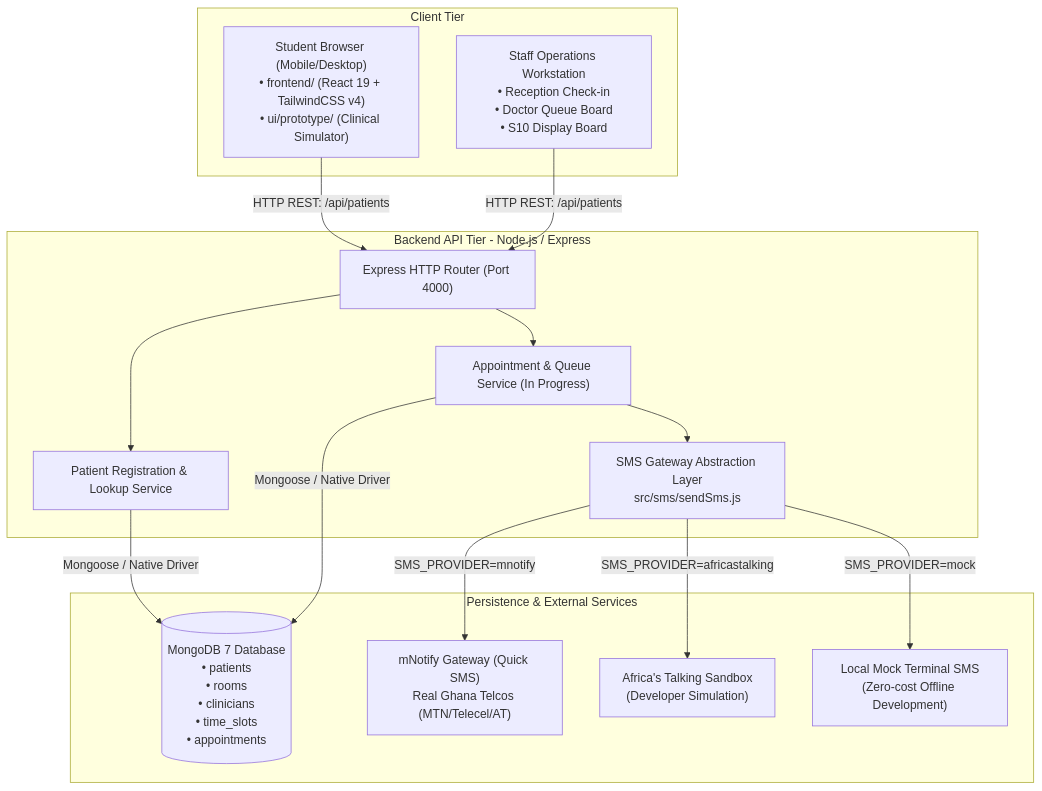
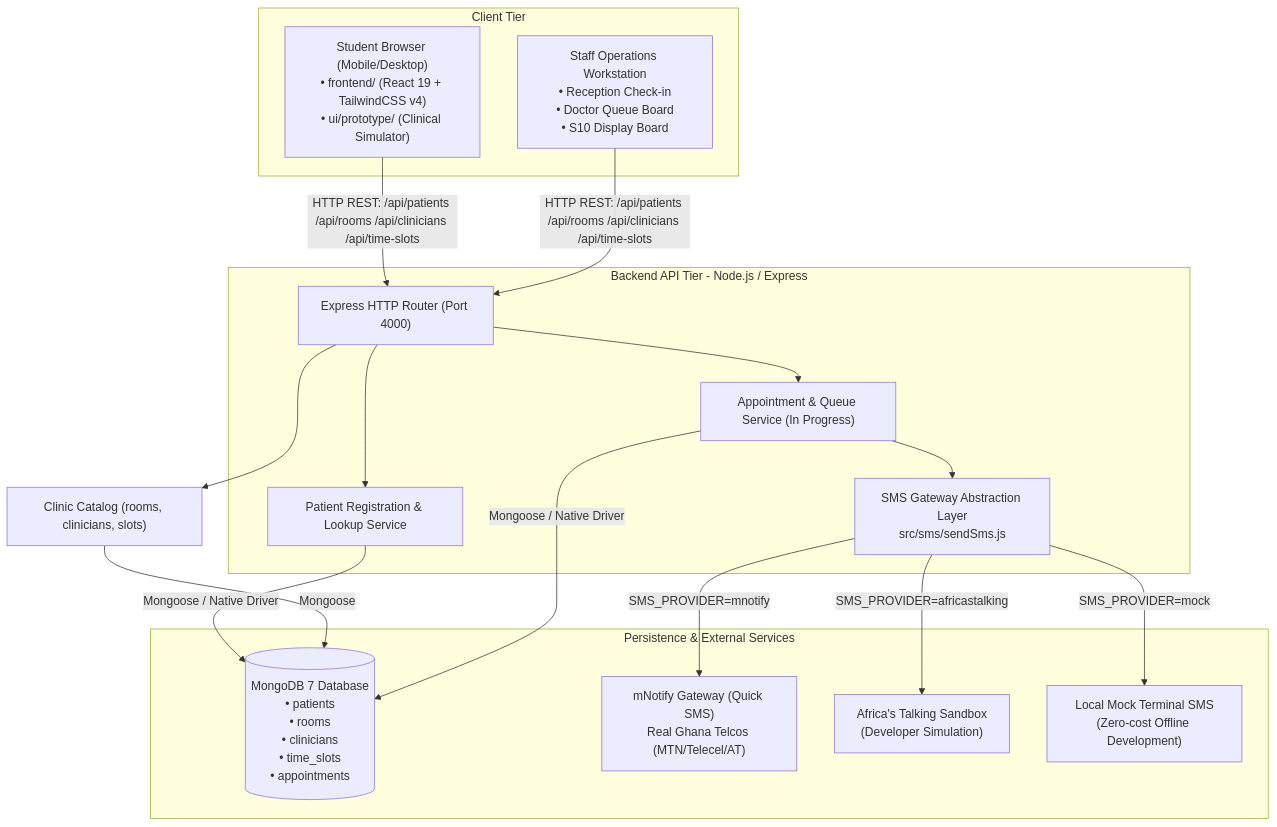
Before and after one commit to GeekKwame/yencare-platform: the diagram in docs/architecture/overview.md, drawn with Mermaid. The commit also changed other lines of this file and 27 other files, not shown here.

````diff
--- a/docs/architecture/overview.md
+++ b/docs/architecture/overview.md
@@ -19,32 +19,34 @@
 ```mermaid
 graph TB
     subgraph ClientTier [Client Tier]
         StudentMobile["Student Browser (Mobile/Desktop)\n• frontend/ (React 19 + TailwindCSS v4)\n• ui/prototype/ (Clinical Simulator)"]
         StaffDesktop["Staff Operations Workstation\n• Reception Check-in\n• Doctor Queue Board\n• S10 Display Board"]
     end
 
     subgraph ApiTier [Backend API Tier - Node.js / Express]
         Router["Express HTTP Router (Port 4000)"]
         PatientService["Patient Registration & Lookup Service"]
         AppointmentService["Appointment & Queue Service (In Progress)"]
         SmsModule["SMS Gateway Abstraction Layer\nsrc/sms/sendSms.js"]
     end
 
     subgraph DataTier [Persistence & External Services]
         Mongo[("MongoDB 7 Database\n• patients\n• rooms\n• clinicians\n• time_slots\n• appointments")]
         Mnotify["mNotify Gateway (Quick SMS)\nReal Ghana Telcos (MTN/Telecel/AT)"]
         AfricaTalking["Africa's Talking Sandbox\n(Developer Simulation)"]
         MockSMS["Local Mock Terminal SMS\n(Zero-cost Offline Development)"]
     end
 
-    StudentMobile -->|HTTP REST: /api/patients| Router
-    StaffDesktop -->|HTTP REST: /api/patients| Router
+    StudentMobile -->|HTTP REST: /api/patients /api/rooms /api/clinicians /api/time-slots| Router
+    StaffDesktop -->|HTTP REST: /api/patients /api/rooms /api/clinicians /api/time-slots| Router
     Router --> PatientService
+    Router --> CatalogService["Clinic Catalog (rooms, clinicians, slots)"]
     Router --> AppointmentService
     PatientService -->|Mongoose / Native Driver| Mongo
+    CatalogService -->|Mongoose| Mongo
     AppointmentService -->|Mongoose / Native Driver| Mongo
     AppointmentService --> SmsModule
     SmsModule -->|SMS_PROVIDER=mnotify| Mnotify
     SmsModule -->|SMS_PROVIDER=africastalking| AfricaTalking
     SmsModule -->|SMS_PROVIDER=mock| MockSMS
 ```
````
